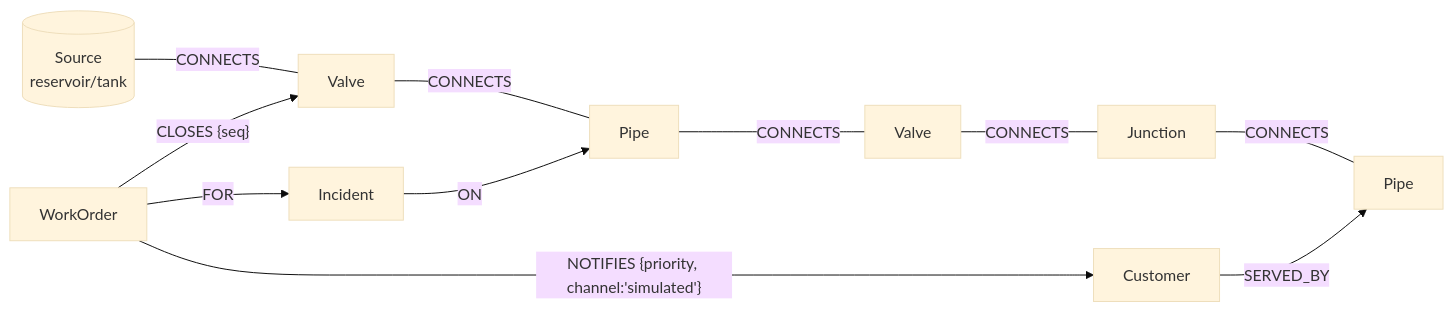
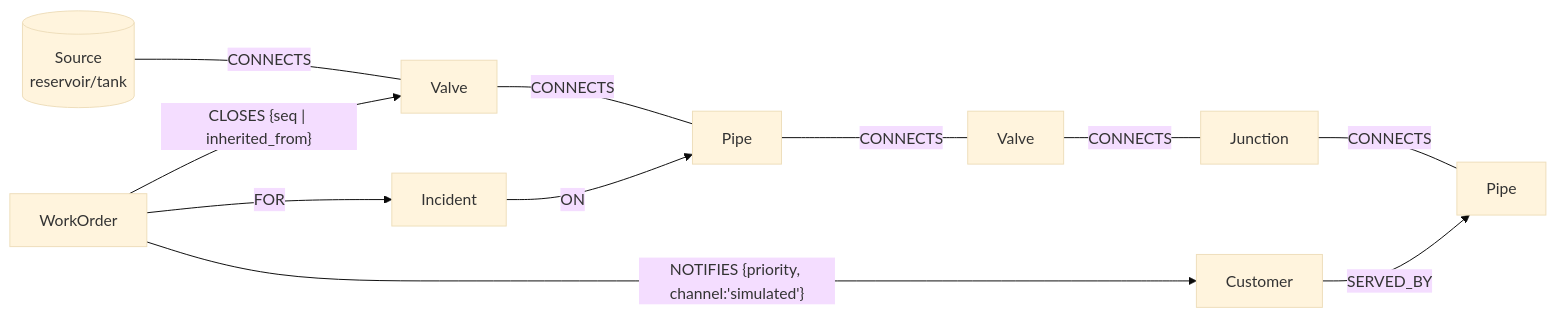
One commit to Kartikinfinity/shutoff-graph-agent changed the diagram in README.md. Above: the diagram before and after it, drawn with Mermaid (base theme). The commit also changed other lines of this file and 13 other files, not shown here.

````diff
--- a/README.md
+++ b/README.md
@@ -61,13 +92,13 @@
 ```mermaid
 flowchart LR
   S[(Source<br/>reservoir/tank)] -- CONNECTS --- V1[Valve]
   V1 -- CONNECTS --- P1[Pipe]
   P1 -- CONNECTS --- V2[Valve]
   V2 -- CONNECTS --- J[Junction]
   J -- CONNECTS --- P2[Pipe]
   C[Customer] -- SERVED_BY --> P2
   I[Incident] -- ON --> P1
   W[WorkOrder] -- FOR --> I
-  W -- "CLOSES {seq}" --> V1
+  W -- "CLOSES {seq | inherited_from}" --> V1
   W -- "NOTIFIES {priority, channel:'simulated'}" --> C
 ```
````
